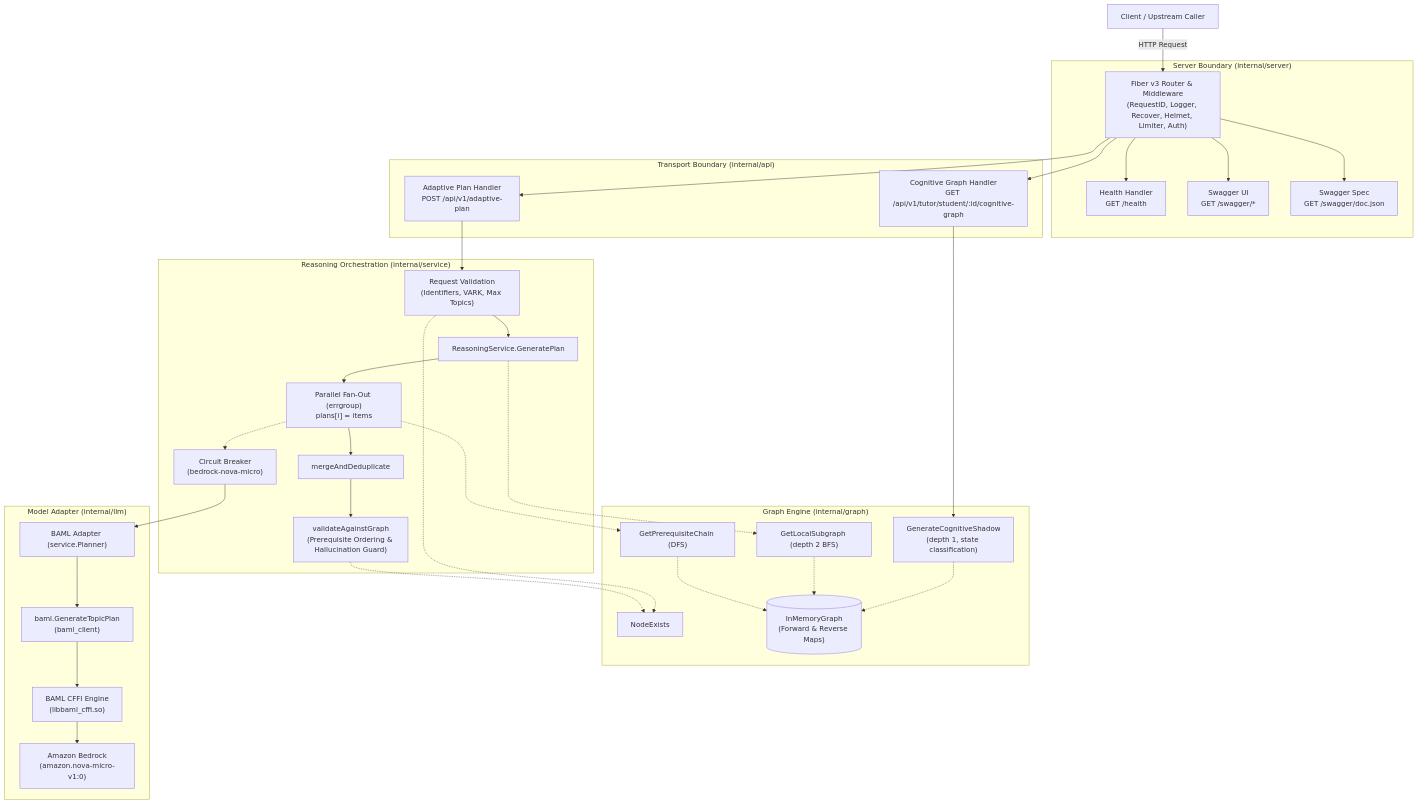
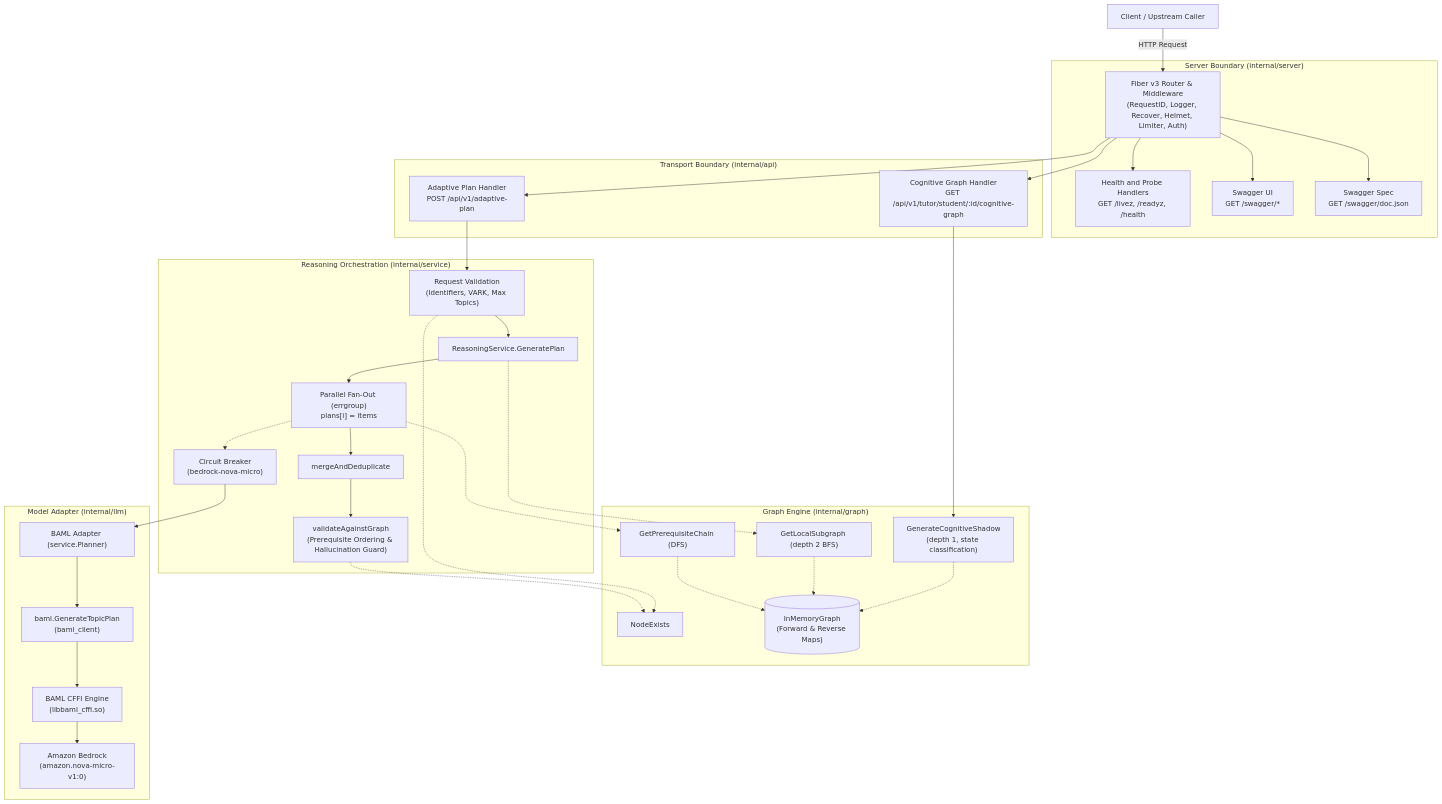
One commit to Victoroide/axiom-engine changed the first of 2 diagrams in docs/architecture.md. Above: the diagram before and after it, drawn with Mermaid. The commit also changed other lines of this file and 18 other files, not shown here.

````diff
--- a/docs/architecture.md
+++ b/docs/architecture.md
@@ -7,42 +7,42 @@
 ```mermaid
 flowchart TD
     Client["Client / Upstream Caller"] -->|"HTTP Request"| Router["Fiber v3 Router & Middleware<br/>(RequestID, Logger, Recover, Helmet, Limiter, Auth)"]
 
     subgraph ServerRoutes ["Server Boundary (internal/server)"]
-        Router --> H_Health["Health Handler<br/>GET /health"]
+        Router --> H_Health["Health and Probe Handlers<br/>GET /livez, /readyz, /health"]
         Router --> H_Swagger["Swagger UI<br/>GET /swagger/*"]
         Router --> H_Doc["Swagger Spec<br/>GET /swagger/doc.json"]
     end
 
     subgraph API ["Transport Boundary (internal/api)"]
         Router --> H_Cognitive["Cognitive Graph Handler<br/>GET /api/v1/tutor/student/:id/cognitive-graph"]
         Router --> H_Plan["Adaptive Plan Handler<br/>POST /api/v1/adaptive-plan"]
     end
 
     subgraph Service ["Reasoning Orchestration (internal/service)"]
         H_Plan --> S_Validate["Request Validation<br/>(Identifiers, VARK, Max Topics)"]
         S_Validate --> S_Reasoning["ReasoningService.GeneratePlan"]
         S_Reasoning --> S_Fanout["Parallel Fan-Out (errgroup)<br/>plans[i] = items"]
         S_Fanout --> S_Merge["mergeAndDeduplicate"]
         S_Merge --> S_Filter["validateAgainstGraph<br/>(Prerequisite Ordering & Hallucination Guard)"]
         S_Fanout -.-> Breaker["Circuit Breaker<br/>(bedrock-nova-micro)"]
     end
 
     subgraph Graph ["Graph Engine (internal/graph)"]
         H_Cognitive --> G_Shadow["GenerateCognitiveShadow<br/>(depth 1, state classification)"]
         S_Validate -.-> G_Exists["NodeExists"]
         S_Reasoning -.-> G_Subgraph["GetLocalSubgraph (depth 2 BFS)"]
         S_Fanout -.-> G_Chain["GetPrerequisiteChain (DFS)"]
         S_Filter -.-> G_Exists
         G_Shadow -.-> G_Store[("InMemoryGraph<br/>(Forward & Reverse Maps)")]
         G_Subgraph -.-> G_Store
         G_Chain -.-> G_Store
     end
 
     subgraph LLM ["Model Adapter (internal/llm)"]
         Breaker --> Adapter["BAML Adapter (service.Planner)"]
         Adapter --> BAMLClient["baml.GenerateTopicPlan<br/>(baml_client)"]
         BAMLClient --> NativeLib["BAML CFFI Engine<br/>(libbaml_cffi.so)"]
         NativeLib --> Bedrock["Amazon Bedrock<br/>(amazon.nova-micro-v1:0)"]
     end
 ```
````
